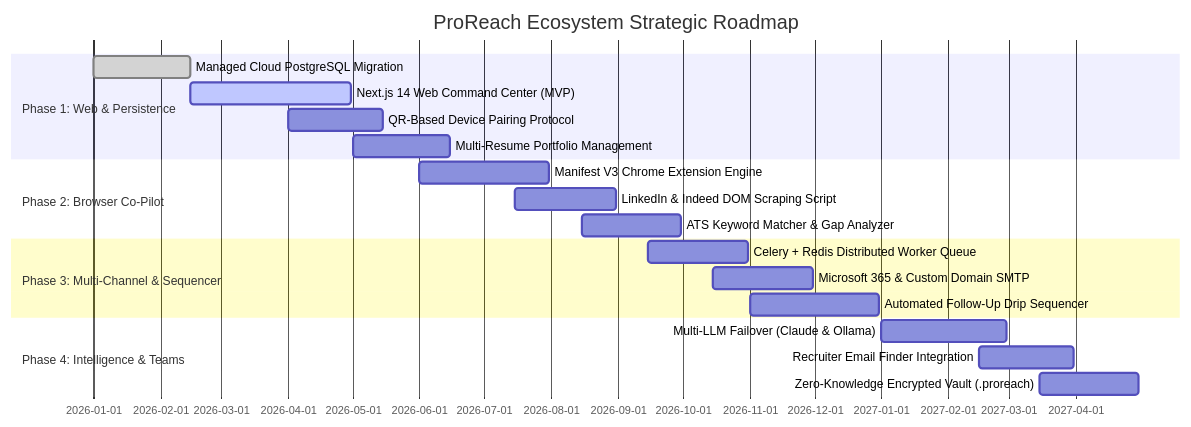
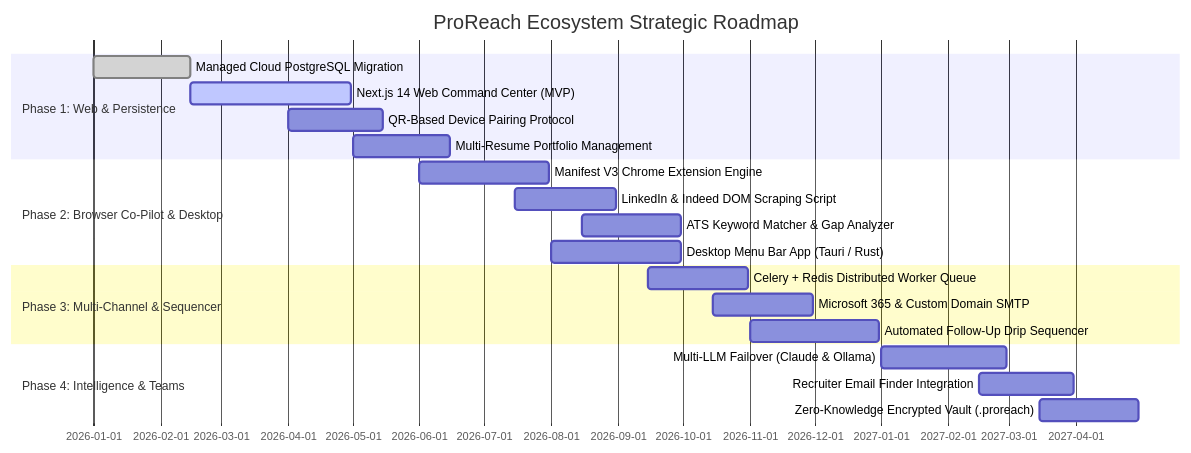
One commit to gautam1432002/Job-Email-App changed the ninth of 10 diagrams in PROJECT_DOCUMENTATION.md. Above: the diagram before and after it, drawn with Mermaid. The commit also changed other lines of this file and 1 other file, not shown here.

Commit message:
docs: complete missing endpoints, ER fields, UX systems, and Option 7 desktop client in PROJECT_DOCUMENTATION.md

````diff
--- a/PROJECT_DOCUMENTATION.md
+++ b/PROJECT_DOCUMENTATION.md
@@ -762,25 +928,26 @@
 ```mermaid
 gantt
     title ProReach Ecosystem Strategic Roadmap
     dateFormat  YYYY-MM-DD
     section Phase 1: Web & Persistence
     Managed Cloud PostgreSQL Migration       :done,    p1_1, 2026-01-01, 2026-02-15
     Next.js 14 Web Command Center (MVP)      :active,  p1_2, 2026-02-15, 2026-04-30
     QR-Based Device Pairing Protocol         :         p1_3, 2026-04-01, 2026-05-15
     Multi-Resume Portfolio Management        :         p1_4, 2026-05-01, 2026-06-15
 
-    section Phase 2: Browser Co-Pilot
+    section Phase 2: Browser Co-Pilot & Desktop
     Manifest V3 Chrome Extension Engine      :         p2_1, 2026-06-01, 2026-07-31
     LinkedIn & Indeed DOM Scraping Script    :         p2_2, 2026-07-15, 2026-08-31
     ATS Keyword Matcher & Gap Analyzer       :         p2_3, 2026-08-15, 2026-09-30
+    Desktop Menu Bar App (Tauri / Rust)      :         p2_4, 2026-08-01, 2026-09-30
 
     section Phase 3: Multi-Channel & Sequencer
     Celery + Redis Distributed Worker Queue  :         p3_1, 2026-09-15, 2026-10-31
     Microsoft 365 & Custom Domain SMTP       :         p3_2, 2026-10-15, 2026-11-30
     Automated Follow-Up Drip Sequencer       :         p3_3, 2026-11-01, 2026-12-31
 
     section Phase 4: Intelligence & Teams
     Multi-LLM Failover (Claude & Ollama)     :         p4_1, 2027-01-01, 2027-02-28
     Recruiter Email Finder Integration       :         p4_2, 2027-02-15, 2027-03-31
     Zero-Knowledge Encrypted Vault (.proreach):        p4_3, 2027-03-15, 2027-04-30
 ```
````
